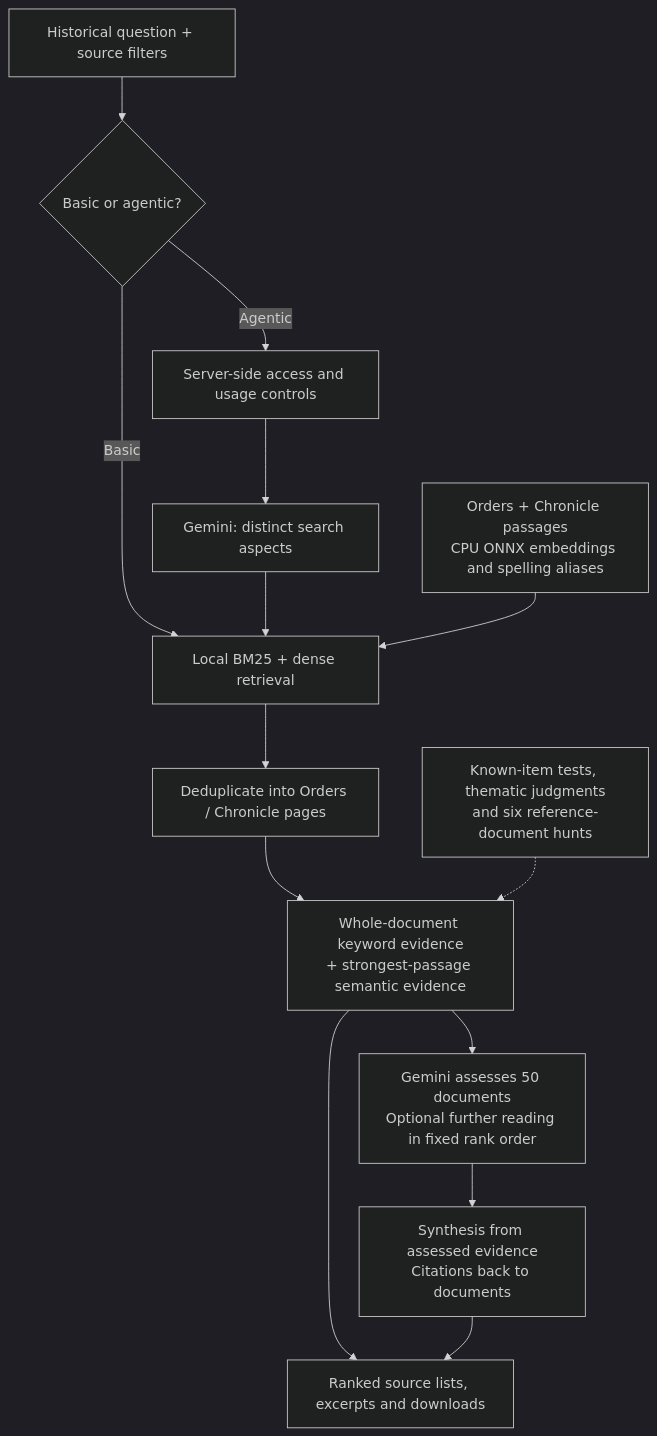
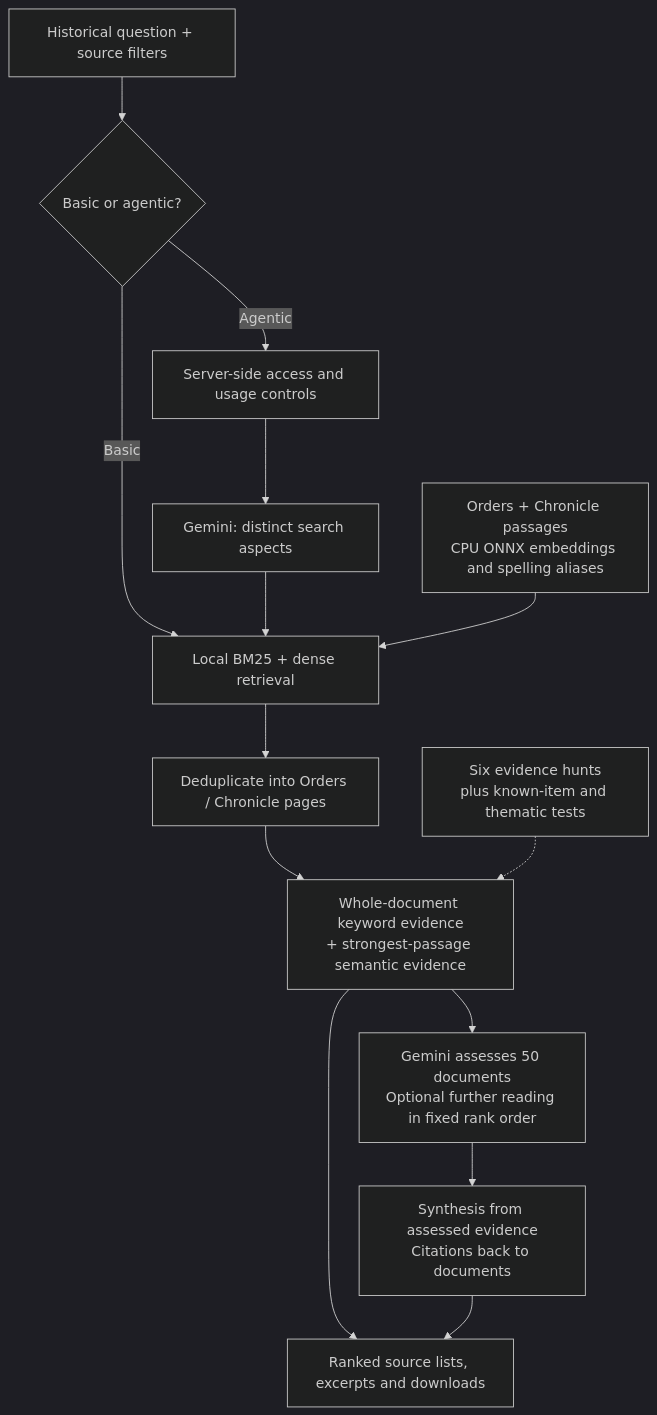
The diagram in README.md (conradcompagna/searchspider), drawn with Mermaid (dark theme) before and after one commit. The commit also changed other lines of this file and 1 other file, not shown here.

First line of the commit message:
Lead the evaluation with the evidence hunts

````diff
--- a/README.md
+++ b/README.md
@@ -13,16 +13,16 @@
 ```mermaid
 flowchart TB
     Question["Historical question + source filters"] --> Mode{"Basic or agentic?"}
     Mode -->|Basic| Search["Local BM25 + dense retrieval"]
     Mode -->|Agentic| Access["Server-side access and usage controls"]
     Access --> Plan["Gemini: distinct search aspects"]
     Plan --> Search
     Corpus["Orders + Chronicle passages<br/>CPU ONNX embeddings and spelling aliases"] --> Search
     Search --> Pool["Deduplicate into Orders / Chronicle pages"]
     Pool --> Rank["Whole-document keyword evidence<br/>+ strongest-passage semantic evidence"]
     Rank --> Results["Ranked source lists, excerpts and downloads"]
     Rank --> Read["Gemini assesses 50 documents<br/>Optional further reading in fixed rank order"]
     Read --> Answer["Synthesis from assessed evidence<br/>Citations back to documents"]
     Answer --> Results
-    Eval["Known-item tests, thematic judgments<br/>and six reference-document hunts"] -.-> Rank
+    Eval["Six evidence hunts<br/>plus known-item and thematic tests"] -.-> Rank
 ```
````
